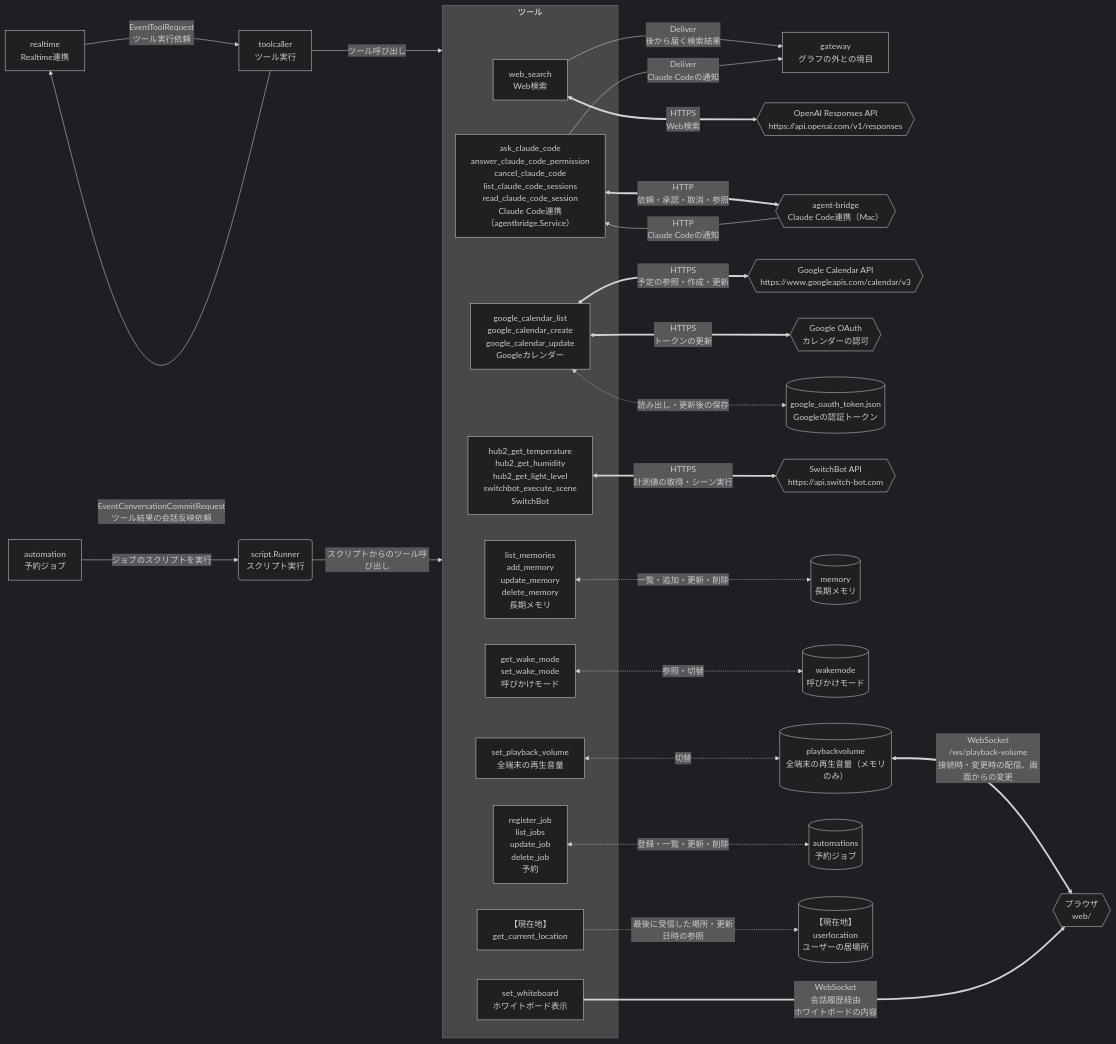
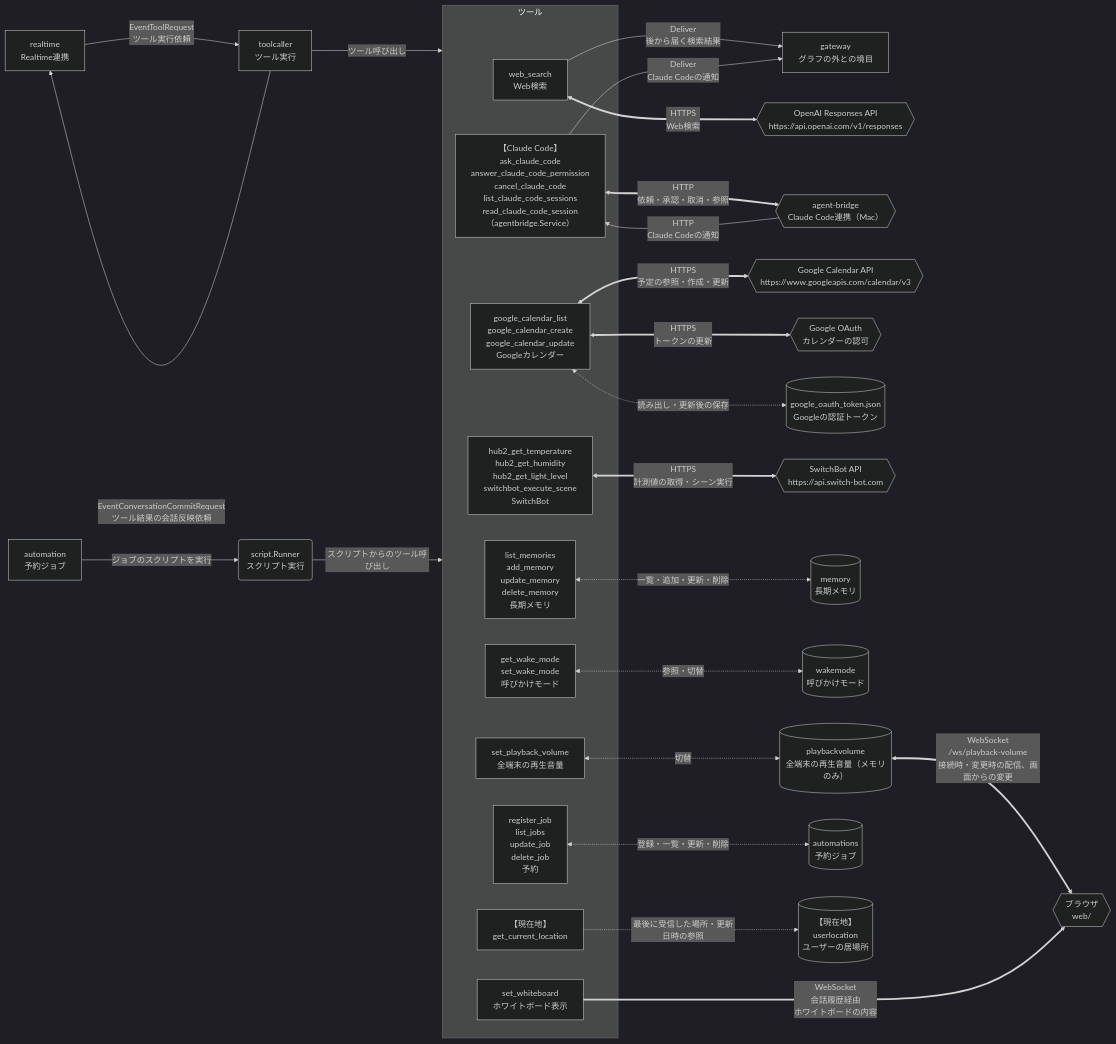
Before and after one commit to tetetratra/smart-speaker: the third of 3 diagrams in README.md, drawn with Mermaid (dark theme). The commit also changed 23 other files, not shown here.

First line of the commit message:
Claude Code 連携をプラグインに移す

````diff
--- a/README.md
+++ b/README.md
@@ -167,58 +167,58 @@
 ```mermaid
 flowchart LR
     rt["realtime<br/>Realtime連携"]
     tool["toolcaller<br/>ツール実行"]
     scheduler["automation<br/>予約ジョブ"]
     runner("script.Runner<br/>スクリプト実行")
     gateway["gateway<br/>グラフの外との境目"]
 
     subgraph toolset["ツール"]
         webSearchTool["web_search<br/>Web検索"]
-        claudeCodeTool["ask_claude_code<br/>answer_claude_code_permission<br/>cancel_claude_code<br/>list_claude_code_sessions<br/>read_claude_code_session<br/>Claude Code連携（agentbridge.Service）"]
+        claudeCodeTool["【Claude Code】<br/>ask_claude_code<br/>answer_claude_code_permission<br/>cancel_claude_code<br/>list_claude_code_sessions<br/>read_claude_code_session<br/>（agentbridge.Service）"]
         calendarTool["google_calendar_list<br/>google_calendar_create<br/>google_calendar_update<br/>Googleカレンダー"]
         switchBotTool["hub2_get_temperature<br/>hub2_get_humidity<br/>hub2_get_light_level<br/>switchbot_execute_scene<br/>SwitchBot"]
         memoryTool["list_memories<br/>add_memory<br/>update_memory<br/>delete_memory<br/>長期メモリ"]
         wakeModeTool["get_wake_mode<br/>set_wake_mode<br/>呼びかけモード"]
         volumeTool["set_playback_volume<br/>全端末の再生音量"]
         automationTool["register_job<br/>list_jobs<br/>update_job<br/>delete_job<br/>予約"]
         whiteboardTool["set_whiteboard<br/>ホワイトボード表示"]
         locationTool["【現在地】<br/>get_current_location"]
     end
 
 
     openaiResponses{{"OpenAI Responses API<br/>https://api.openai.com/v1/responses"}}
     agentBridge{{"agent-bridge<br/>Claude Code連携（Mac）"}}
     googleCalendar{{"Google Calendar API<br/>https://www.googleapis.com/calendar/v3"}}
     googleOAuth{{"Google OAuth<br/>カレンダーの認可"}}
     googleTokenStore[("google_oauth_token.json<br/>Googleの認証トークン")]
     switchBot{{"SwitchBot API<br/>https://api.switch-bot.com"}}
     memoryStore[("memory<br/>長期メモリ")]
     wakeModeStore[("wakemode<br/>呼びかけモード")]
     volumeStore[("playbackvolume<br/>全端末の再生音量（メモリのみ）")]
     automationStore[("automations<br/>予約ジョブ")]
     locationStore[("【現在地】<br/>userlocation<br/>ユーザーの居場所")]
     browser{{"ブラウザ<br/>web/"}}
 
     rt -->|"EventToolRequest<br/>ツール実行依頼"| tool
     tool -->|"EventConversationCommitRequest<br/>ツール結果の会話反映依頼"| rt
     tool -->|"ツール呼び出し"| toolset
     scheduler -->|"ジョブのスクリプトを実行"| runner
     runner -->|"スクリプトからのツール呼び出し"| toolset
 
     webSearchTool <==>|"HTTPS<br/>Web検索"| openaiResponses
     webSearchTool -->|"Deliver<br/>後から届く検索結果"| gateway
     claudeCodeTool <==>|"HTTP<br/>依頼・承認・取消・参照"| agentBridge
     agentBridge -->|"HTTP<br/>Claude Codeの通知"| claudeCodeTool
     claudeCodeTool -->|"Deliver<br/>Claude Codeの通知"| gateway
     calendarTool <==>|"HTTPS<br/>予定の参照・作成・更新"| googleCalendar
     calendarTool <-.->|"読み出し・更新後の保存"| googleTokenStore
     calendarTool <==>|"HTTPS<br/>トークンの更新"| googleOAuth
     switchBotTool <==>|"HTTPS<br/>計測値の取得・シーン実行"| switchBot
     memoryTool <-.->|"一覧・追加・更新・削除"| memoryStore
     wakeModeTool <-.->|"参照・切替"| wakeModeStore
     volumeTool <-.->|"切替"| volumeStore
     volumeStore <==>|"WebSocket<br/>/ws/playback-volume<br/>接続時・変更時の配信、画面からの変更"| browser
     automationTool <-.->|"登録・一覧・更新・削除"| automationStore
     locationTool -.->|"最後に受信した場所・更新日時の参照"| locationStore
     whiteboardTool ==>|"WebSocket<br/>会話履歴経由<br/>ホワイトボードの内容"| browser
 ```
````
